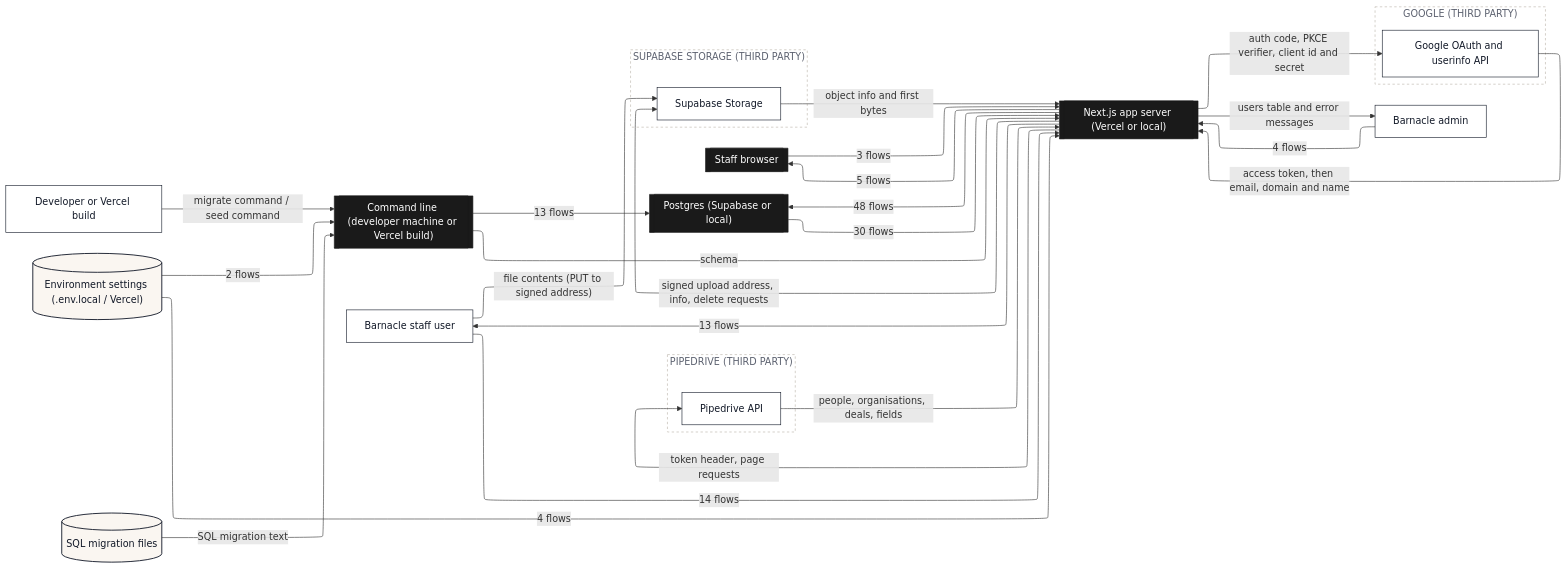
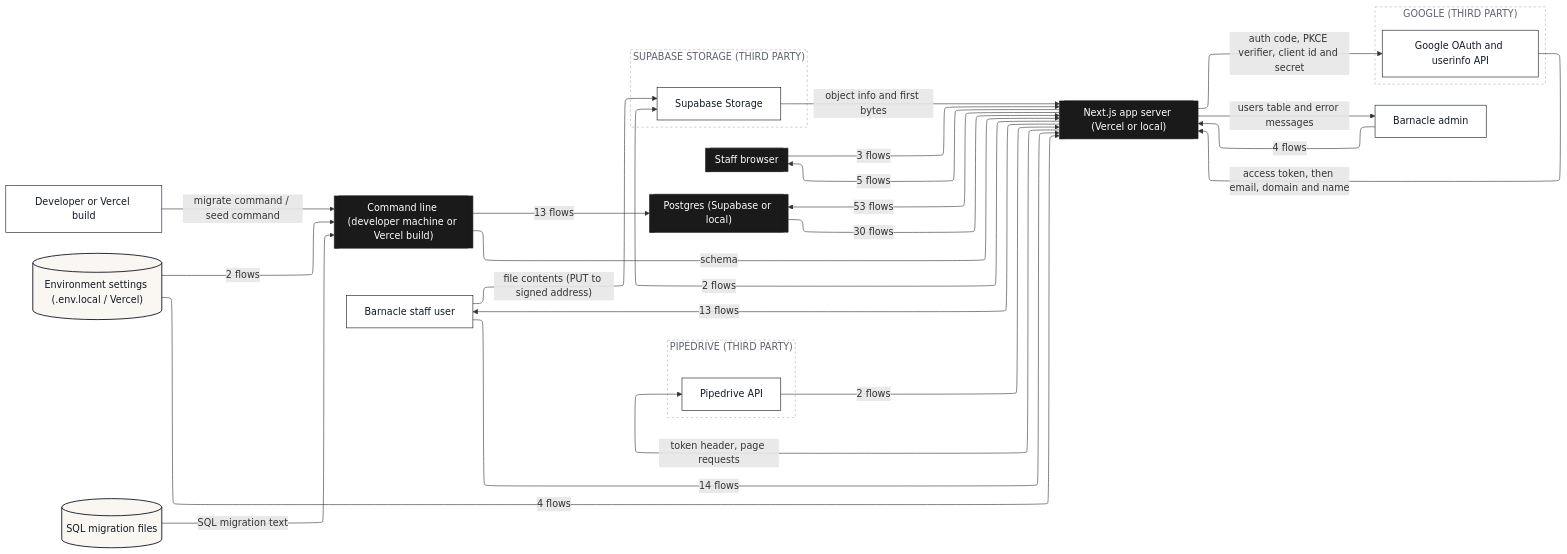
The second of 12 diagrams in dataflow/DATAFLOW.md (Romain-Perche/Barnacle-Pipe), drawn with Mermaid before and after one commit. The commit also changed other lines of this file and 6 other files, not shown here.

````diff
--- a/dataflow/DATAFLOW.md
+++ b/dataflow/DATAFLOW.md
@@ -126,58 +128,58 @@
 ```mermaid
 ---
 config:
   layout: elk
 ---
 flowchart LR
     n1[["Next.js app server (Vercel or local)"]]
     n2[["Staff browser"]]
     n3[["Command line (developer machine or Vercel build)"]]
     n4[["Postgres (Supabase or local)"]]
     n5["Barnacle admin"]
     n6["Developer or Vercel build"]
     n7[("Environment settings (.env.local / Vercel)")]
     n8[("SQL migration files")]
     n9["Barnacle staff user"]
     subgraph z1["GOOGLE (THIRD PARTY)"]
         n10["Google OAuth and userinfo API"]
     end
     subgraph z2["PIPEDRIVE (THIRD PARTY)"]
         n11["Pipedrive API"]
     end
     subgraph z3["SUPABASE STORAGE (THIRD PARTY)"]
         n12["Supabase Storage"]
     end
-    n1 -->|"48 flows"| n4
+    n1 -->|"53 flows"| n4
     n1 -->|"13 flows"| n9
     n4 -->|"30 flows"| n1
     n5 -->|"4 flows"| n1
     n2 -->|"3 flows"| n1
     n6 -->|"migrate command / seed command"| n3
     n7 -->|"4 flows"| n1
     n7 -->|"2 flows"| n3
     n1 -->|"5 flows"| n2
-    n1 -->|"signed upload address, info, delete requests"| n12
+    n1 -->|"2 flows"| n12
     n1 -->|"auth code, PKCE verifier, client id and secret"| n10
     n10 -->|"access token, then email, domain and name"| n1
     n3 -->|"13 flows"| n4
     n3 -->|"schema"| n1
     n8 -->|"SQL migration text"| n3
-    n11 -->|"people, organisations, deals, fields"| n1
+    n11 -->|"2 flows"| n1
     n1 -->|"token header, page requests"| n11
     n9 -->|"14 flows"| n1
     n9 -->|"file contents (PUT to signed address)"| n12
     n12 -->|"object info and first bytes"| n1
     n1 -->|"users table and error messages"| n5
     classDef actor fill:#FFFFFF,stroke:#111827,stroke-width:1px,color:#111827
     classDef process fill:#EDEAFF,stroke:#2B00FF,stroke-width:1.5px,color:#111827
     classDef store fill:#FAF6F1,stroke:#111827,stroke-width:1.5px,color:#111827
     classDef zone fill:#1A1A1A,stroke:#1A1A1A,color:#FFFFFF
     classDef group fill:#2B00FF,stroke:#2B00FF,color:#FFFFFF
     classDef stub fill:#FFFFFF,stroke:#2B00FF,stroke-width:1.5px,stroke-dasharray:5 4,color:#2B00FF
     class n5,n6,n9,n10,n11,n12 actor
     class n7,n8 store
     class n1,n2,n3,n4 zone
     style z1 fill:#FFFFFF,stroke:#B9B2A8,stroke-dasharray:4 4,color:#5D6270
     style z2 fill:#FFFFFF,stroke:#B9B2A8,stroke-dasharray:4 4,color:#5D6270
     style z3 fill:#FFFFFF,stroke:#B9B2A8,stroke-dasharray:4 4,color:#5D6270
 ```
````
